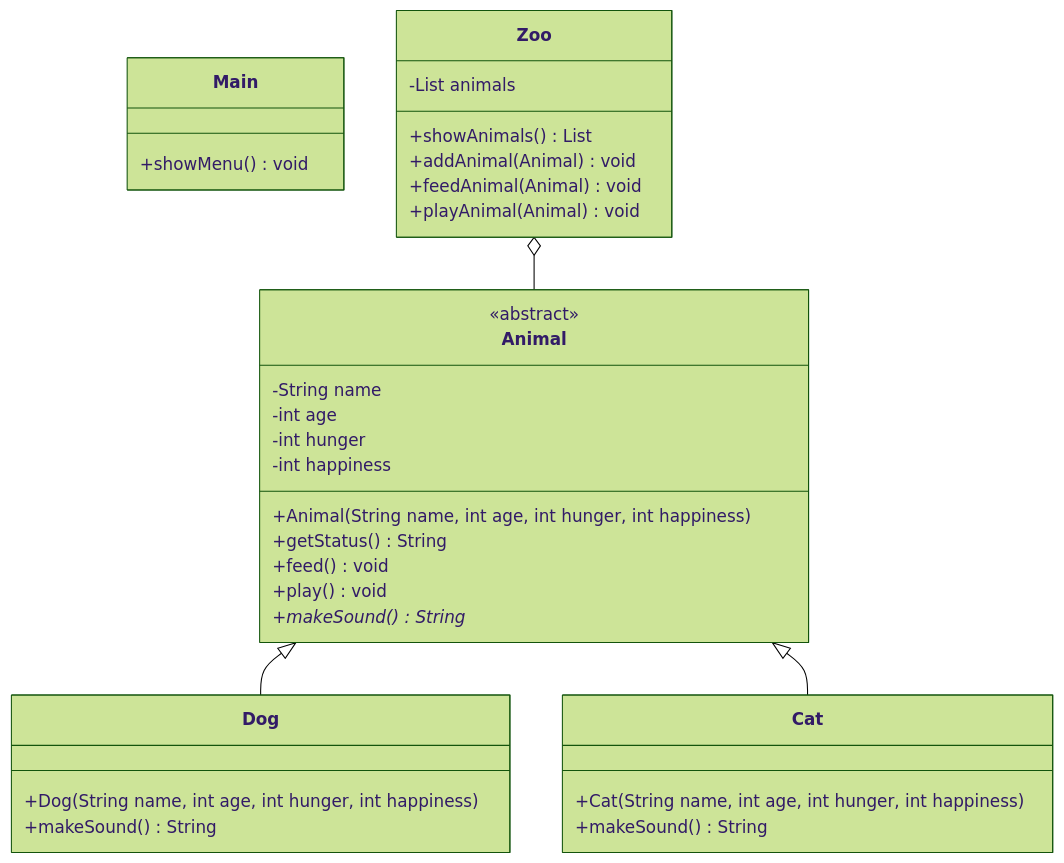
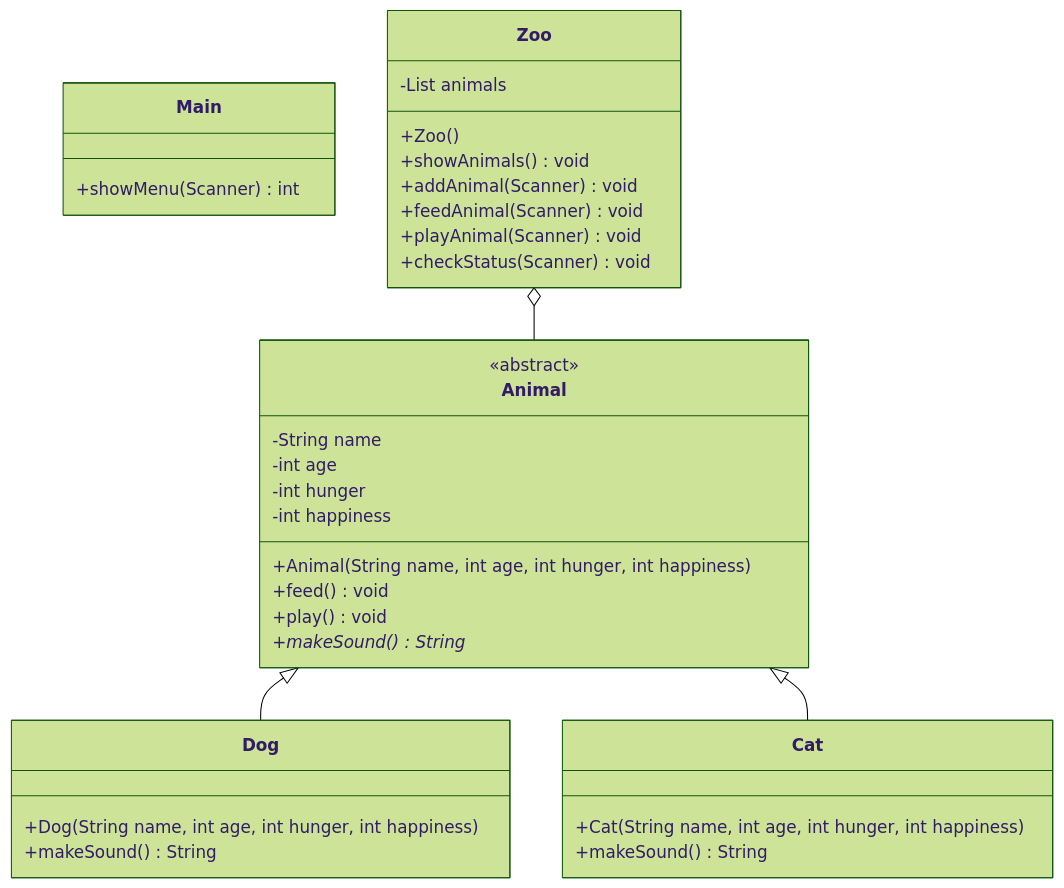
One commit to devdong1231/animalCareSystem changed the diagram in ClassDiagram.md. Above: the diagram before and after it, drawn with Mermaid (forest theme). The commit also changed 1 other file, not shown here.

Commit message:
feat: level-1 추가

````diff
--- a/ClassDiagram.md
+++ b/ClassDiagram.md
@@ -1,41 +1,42 @@
 ```mermaid
 classDiagram
     class Main{
-        +showMenu() void
+        +showMenu(Scanner) int
     }
     
     class Zoo{
         -List<Animal> animals
-        +showAnimals() List<Animal>
-        +addAnimal(Animal) void
-        +feedAnimal(Animal) void
-        +playAnimal(Animal) void
+        +Zoo()
+        +showAnimals() void
+        +addAnimal(Scanner) void
+        +feedAnimal(Scanner) void
+        +playAnimal(Scanner) void
+        +checkStatus(Scanner) void
     }
     
     class Animal{
         <<abstract>>
         -String name
         -int age
         -int hunger
         -int happiness
         +Animal(String name, int age, int hunger, int happiness)
-        +getStatus() String
         +feed() void
         +play() void
         +makeSound()* String
     }
     
     class Dog{
         +Dog(String name, int age, int hunger, int happiness)
         +makeSound() String
     }
 
     class Cat{
         +Cat(String name, int age, int hunger, int happiness)
         +makeSound() String
     }
     Zoo o-- Animal
     Animal <|-- Dog
     Animal <|-- Cat
 
 ```
````
